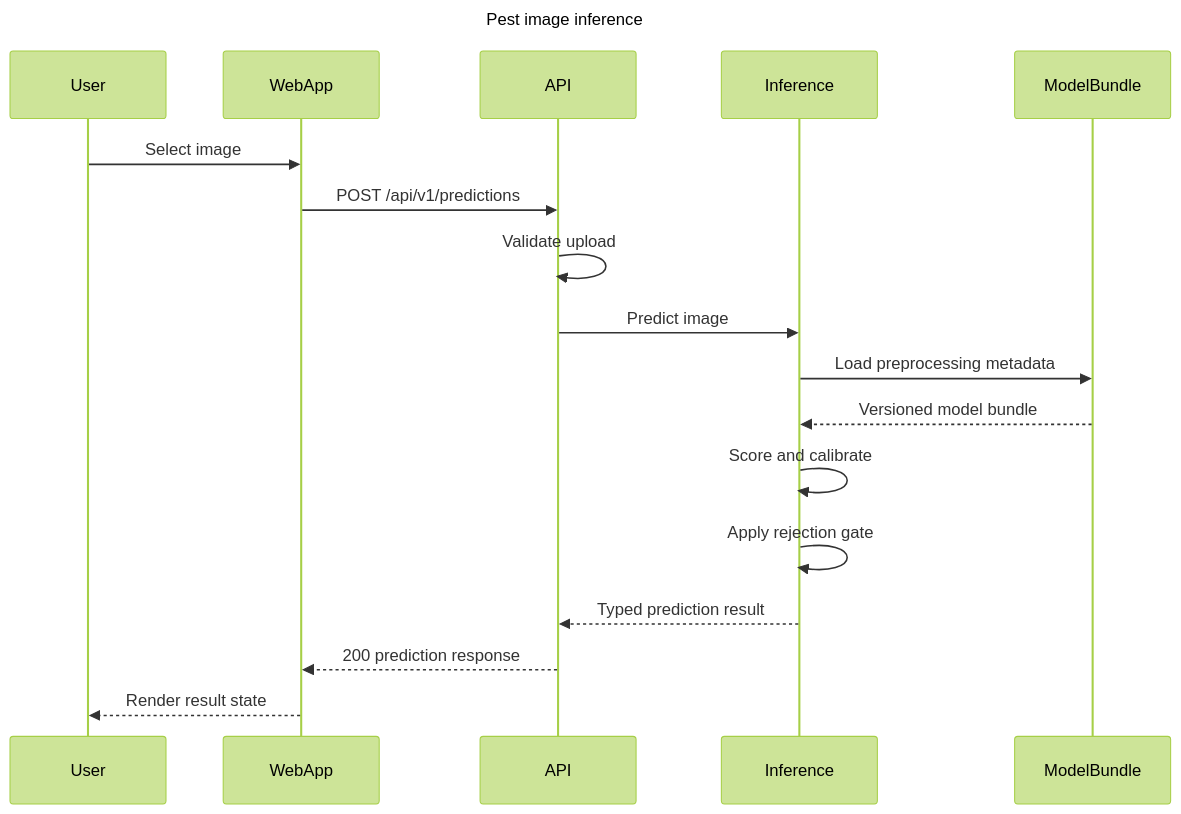
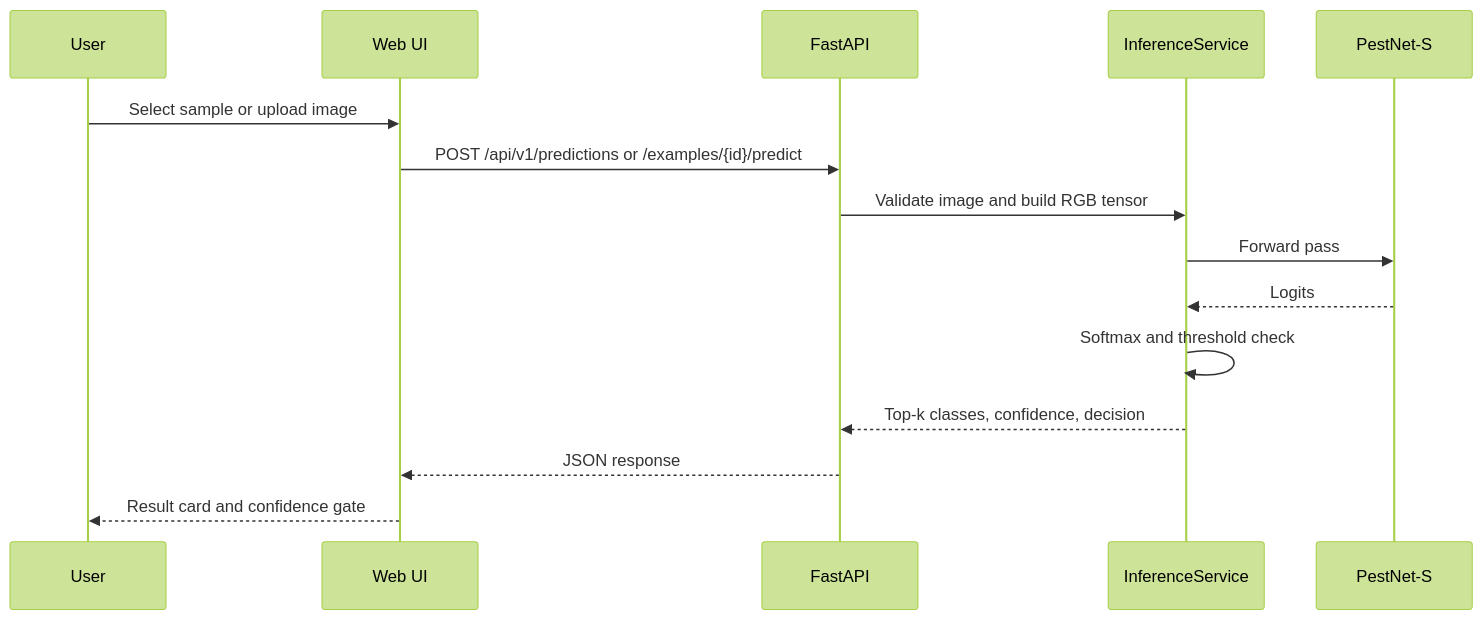
Before and after one commit to elite3012/AI-Object-Detection-Continual-Learning: the second of 5 diagrams in DESIGN_REPORT_IP102.md, drawn with Mermaid (forest theme). The commit also changed other lines of this file and 2 other files, not shown here.

````diff
--- a/DESIGN_REPORT_IP102.md
+++ b/DESIGN_REPORT_IP102.md
@@ -324,21 +87,18 @@
 ```mermaid
 sequenceDiagram
-    title Pest image inference
-    participant User
-    participant WebApp
-    participant API
-    participant Inference
-    participant ModelBundle
+    participant U as User
+    participant W as Web UI
+    participant A as FastAPI
+    participant S as InferenceService
+    participant M as PestNet-S
 
-    User->>WebApp: Select image
-    WebApp->>API: POST /api/v1/predictions
-    API->>API: Validate upload
-    API->>Inference: Predict image
-    Inference->>ModelBundle: Load preprocessing metadata
-    ModelBundle-->>Inference: Versioned model bundle
-    Inference->>Inference: Score and calibrate
-    Inference->>Inference: Apply rejection gate
-    Inference-->>API: Typed prediction result
-    API-->>WebApp: 200 prediction response
-    WebApp-->>User: Render result state
+    U->>W: Select sample or upload image
+    W->>A: POST /api/v1/predictions or /examples/{id}/predict
+    A->>S: Validate image and build RGB tensor
+    S->>M: Forward pass
+    M-->>S: Logits
+    S->>S: Softmax and threshold check
+    S-->>A: Top-k classes, confidence, decision
+    A-->>W: JSON response
+    W-->>U: Result card and confidence gate
 ```
````
